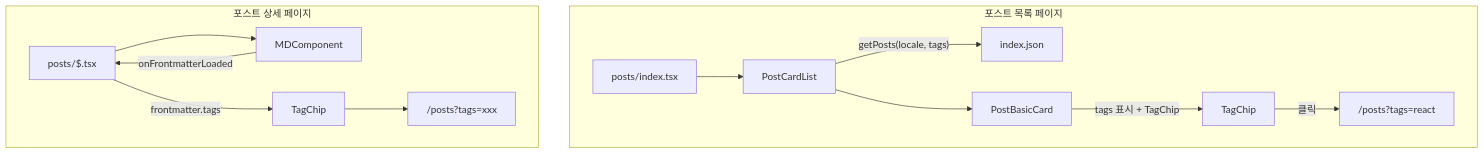
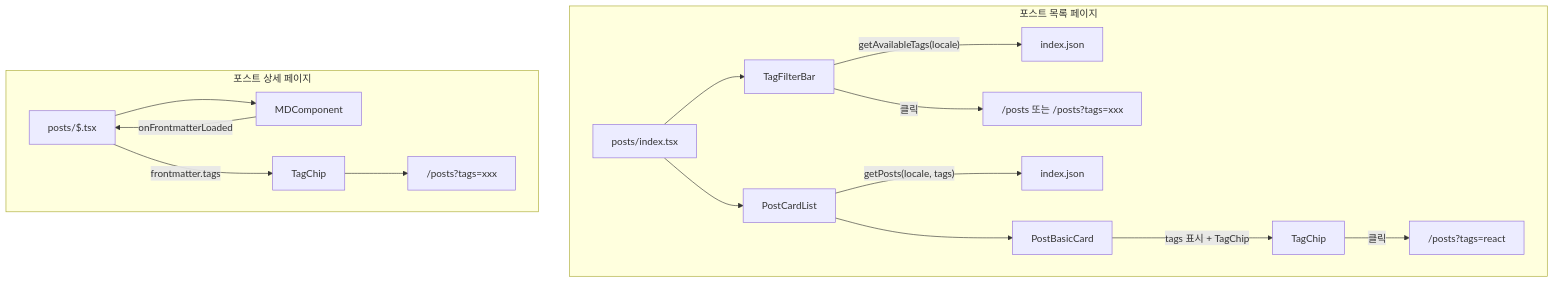
Before and after one commit to chan-ok/blog: the diagram in docs/architecture.md, drawn with Mermaid. The commit also changed other lines of this file and 39 other files, not shown here.

````diff
--- a/docs/architecture.md
+++ b/docs/architecture.md
@@ -607,22 +626,26 @@
 ```mermaid
 flowchart TB
     subgraph ListPage [포스트 목록 페이지]
         PostsIndex[posts/index.tsx]
+        TagFilterBar[TagFilterBar]
         PostCardList[PostCardList]
         PostBasicCard[PostBasicCard]
+        PostsIndex --> TagFilterBar
         PostsIndex --> PostCardList
+        TagFilterBar -->|"getAvailableTags(locale)"| API0[index.json]
         PostCardList -->|"getPosts(locale, tags)"| API1[index.json]
         PostCardList --> PostBasicCard
         PostBasicCard -->|"tags 표시 + TagChip"| TagChip1[TagChip]
+        TagFilterBar -->|"클릭"| Link0["/posts 또는 /posts?tags=xxx"]
         TagChip1 -->|"클릭"| Link1["/posts?tags=react"]
     end
 
     subgraph DetailPage [포스트 상세 페이지]
         PostDetail[posts/$.tsx]
         MDComp[MDComponent]
         PostDetail --> MDComp
         MDComp -->|"onFrontmatterLoaded"| PostDetail
         PostDetail -->|"frontmatter.tags"| TagChip2[TagChip]
         TagChip2 --> Link2["/posts?tags=xxx"]
     end
 ```
````
